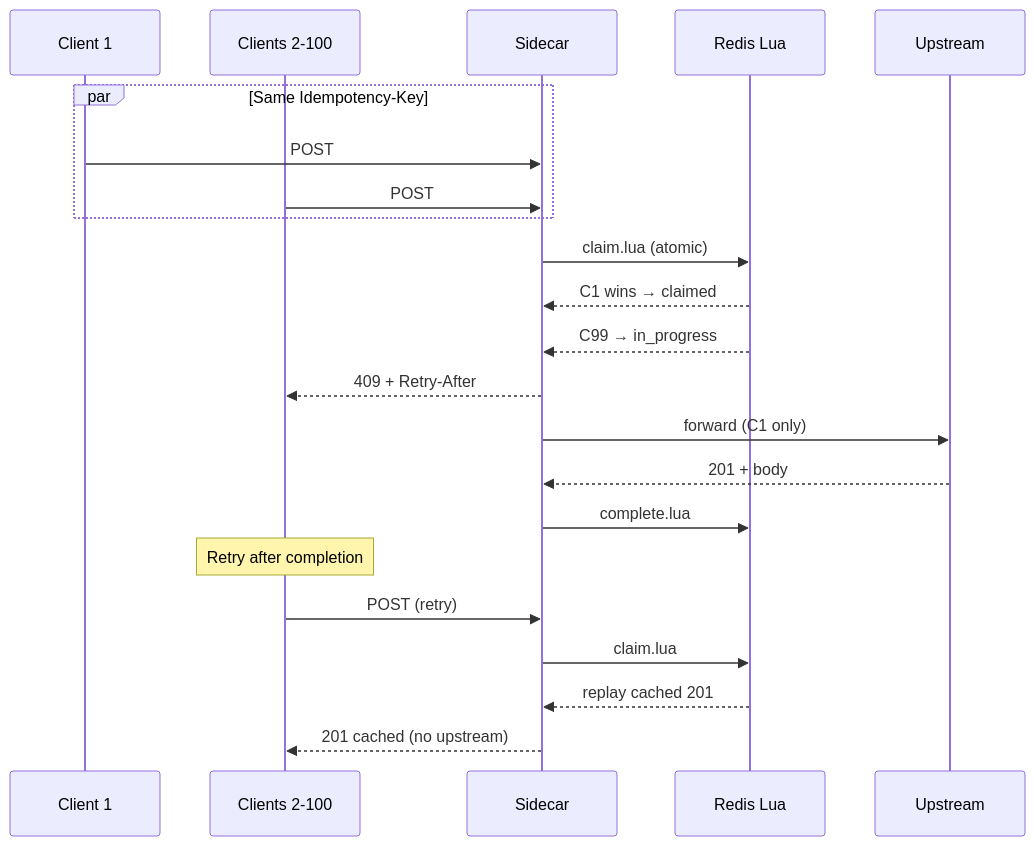
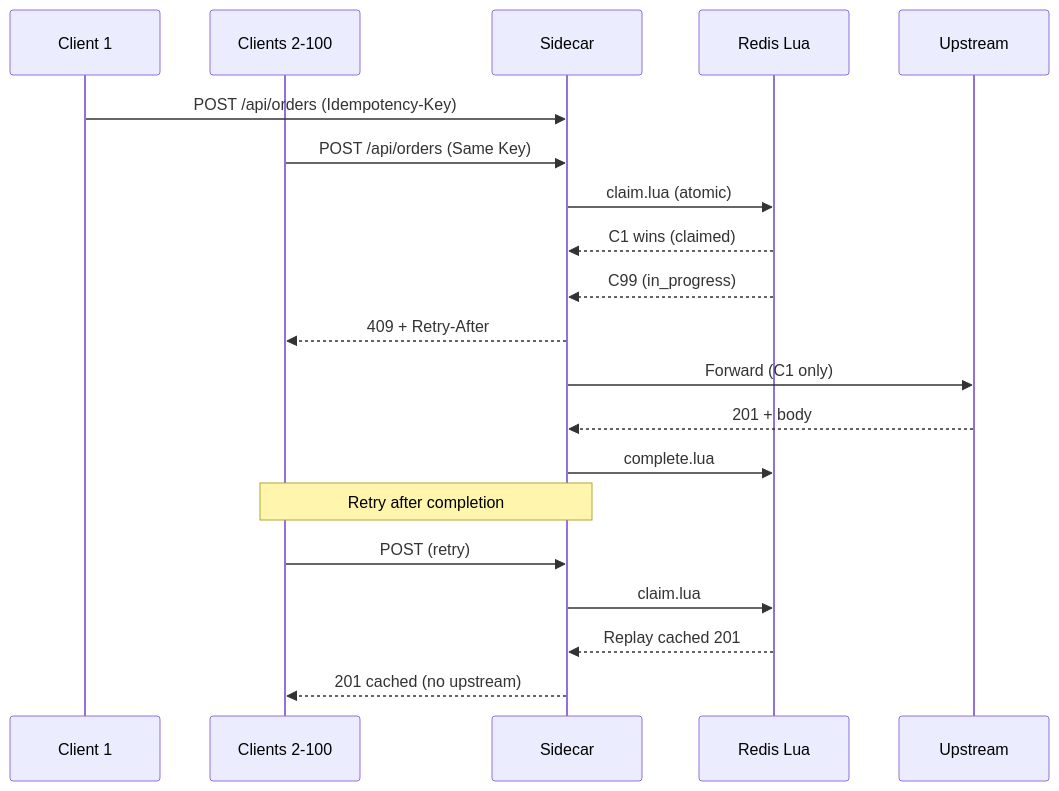
One commit to RUDRA-PRATAP-SINGH01/Distributed-rate-limiter changed diagram 13 of 21 in README.md. Above: the diagram before and after it, drawn with Mermaid. The commit also changed other lines of this file and 1 other file, not shown here.

Commit message:
docs: fix Mermaid syntax for GitHub Markdown rendering in README and architecture docs

````diff
--- a/README.md
+++ b/README.md
@@ -603,25 +603,23 @@
 ```mermaid
 sequenceDiagram
     participant C1 as Client 1
     participant C99 as Clients 2-100
     participant SC as Sidecar
     participant R as Redis Lua
     participant U as Upstream
 
-    par Same Idempotency-Key
-        C1->>SC: POST
-        C99->>SC: POST
-    end
+    C1->>SC: POST /api/orders (Idempotency-Key)
+    C99->>SC: POST /api/orders (Same Key)
     SC->>R: claim.lua (atomic)
-    R-->>SC: C1 wins → claimed
-    R-->>SC: C99 → in_progress
+    R-->>SC: C1 wins (claimed)
+    R-->>SC: C99 (in_progress)
     SC-->>C99: 409 + Retry-After
-    SC->>U: forward (C1 only)
+    SC->>U: Forward (C1 only)
     U-->>SC: 201 + body
     SC->>R: complete.lua
-    Note over C99: Retry after completion
+    Note over C99,SC: Retry after completion
     C99->>SC: POST (retry)
     SC->>R: claim.lua
-    R-->>SC: replay cached 201
+    R-->>SC: Replay cached 201
     SC-->>C99: 201 cached (no upstream)
 ```
````
